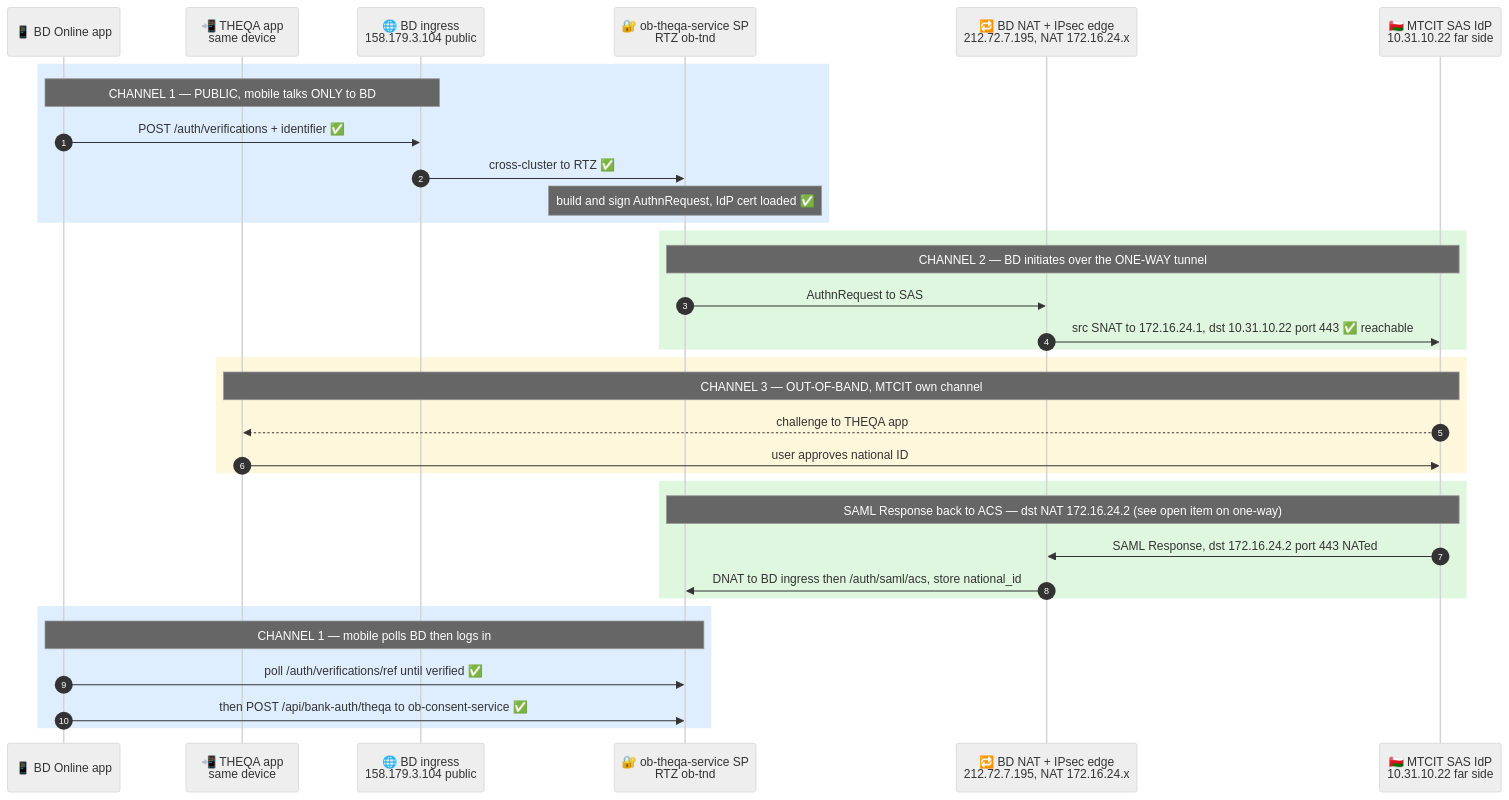
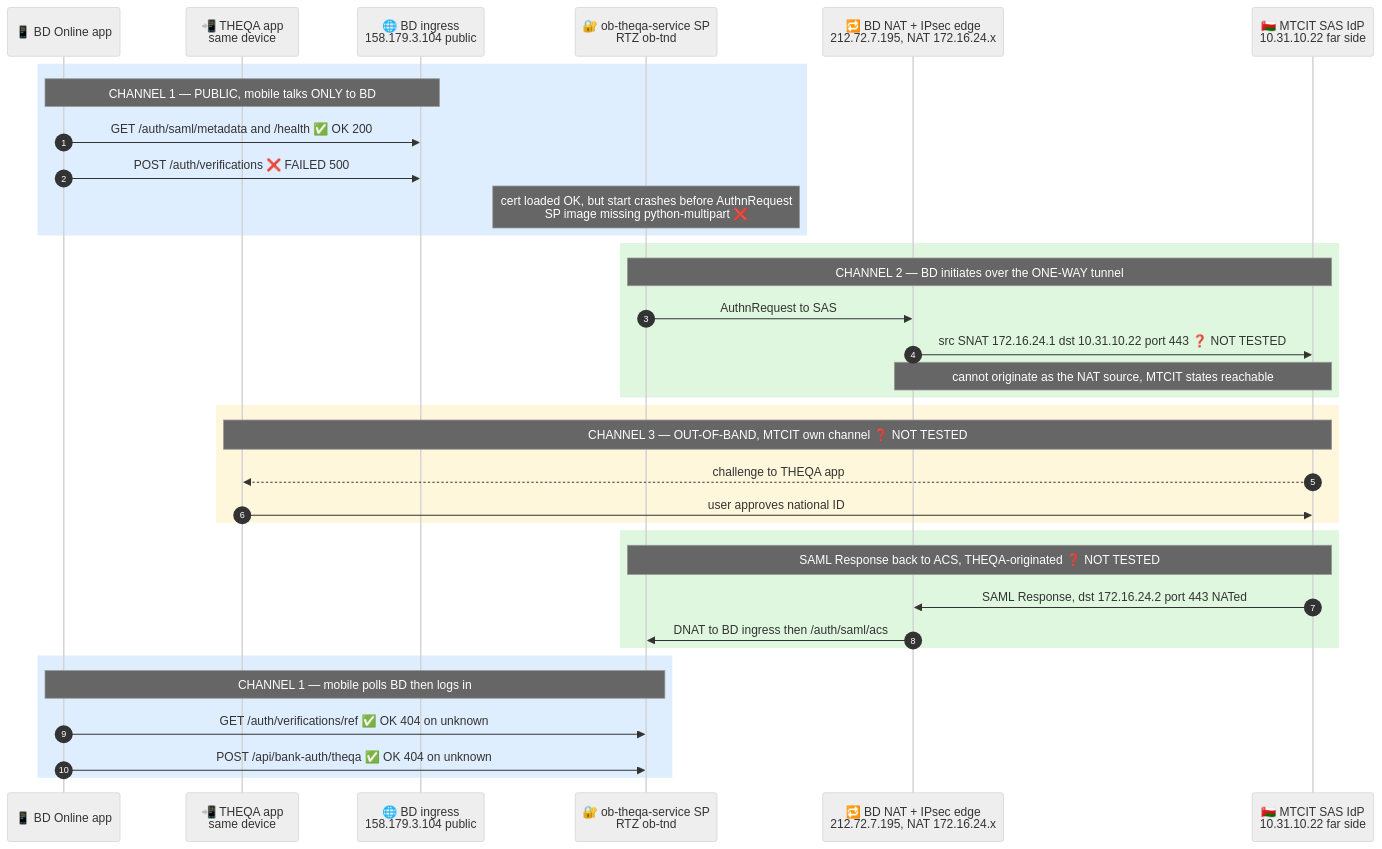
One commit to alierenbaysal/open-banking-mobile-v2 changed the first of 2 diagrams in theqa-integration-artifacts/THEQA_Traffic_Flow.md. Above: the diagram before and after it, drawn with Mermaid (neutral theme). The commit also changed other lines of this file, not shown here.

Commit message:
docs(theqa): fill flow doc with REAL tested status (2026-06-09) — OK: ingress/metadata/poll/consent; FAILED: POST /auth/verifications 500 (SP missing python-multipart); NOT TESTED: MTCIT-originated + NAT-sourced legs (#15)

````diff
--- a/theqa-integration-artifacts/THEQA_Traffic_Flow.md
+++ b/theqa-integration-artifacts/THEQA_Traffic_Flow.md
@@ -28,41 +28,42 @@
 ```mermaid
 sequenceDiagram
     autonumber
     participant App as 📱 BD Online app
     participant THQ as 📲 THEQA app<br>same device
     participant ING as 🌐 BD ingress<br>158.179.3.104 public
     participant SP as 🔐 ob-theqa-service SP<br>RTZ ob-tnd
     participant NAT as 🔁 BD NAT + IPsec edge<br>212.72.7.195, NAT 172.16.24.x
     participant IDP as 🇴🇲 MTCIT SAS IdP<br>10.31.10.22 far side
 
     rect rgb(223,238,255)
     Note over App,ING: CHANNEL 1 — PUBLIC, mobile talks ONLY to BD
-    App->>ING: POST /auth/verifications + identifier ✅
-    ING->>SP: cross-cluster to RTZ ✅
-    Note over SP: build and sign AuthnRequest, IdP cert loaded ✅
+    App->>ING: GET /auth/saml/metadata and /health  ✅ OK 200
+    App->>ING: POST /auth/verifications  ❌ FAILED 500
+    Note over SP: cert loaded OK, but start crashes before AuthnRequest<br>SP image missing python-multipart ❌
     end
 
     rect rgb(223,247,223)
     Note over SP,IDP: CHANNEL 2 — BD initiates over the ONE-WAY tunnel
     SP->>NAT: AuthnRequest to SAS
-    NAT->>IDP: src SNAT to 172.16.24.1, dst 10.31.10.22 port 443 ✅ reachable
+    NAT->>IDP: src SNAT 172.16.24.1 dst 10.31.10.22 port 443  ❓ NOT TESTED
+    Note over NAT,IDP: cannot originate as the NAT source, MTCIT states reachable
     end
 
     rect rgb(255,247,219)
-    Note over THQ,IDP: CHANNEL 3 — OUT-OF-BAND, MTCIT own channel
+    Note over THQ,IDP: CHANNEL 3 — OUT-OF-BAND, MTCIT own channel  ❓ NOT TESTED
     IDP-->>THQ: challenge to THEQA app
     THQ->>IDP: user approves national ID
     end
 
     rect rgb(223,247,223)
-    Note over IDP,SP: SAML Response back to ACS — dst NAT 172.16.24.2 (see open item on one-way)
+    Note over IDP,SP: SAML Response back to ACS, THEQA-originated  ❓ NOT TESTED
     IDP->>NAT: SAML Response, dst 172.16.24.2 port 443 NATed
-    NAT->>SP: DNAT to BD ingress then /auth/saml/acs, store national_id
+    NAT->>SP: DNAT to BD ingress then /auth/saml/acs
     end
 
     rect rgb(223,238,255)
     Note over App,SP: CHANNEL 1 — mobile polls BD then logs in
-    App->>SP: poll /auth/verifications/ref until verified ✅
-    App->>SP: then POST /api/bank-auth/theqa to ob-consent-service ✅
+    App->>SP: GET /auth/verifications/ref  ✅ OK 404 on unknown
+    App->>SP: POST /api/bank-auth/theqa  ✅ OK 404 on unknown
     end
 ```
````
